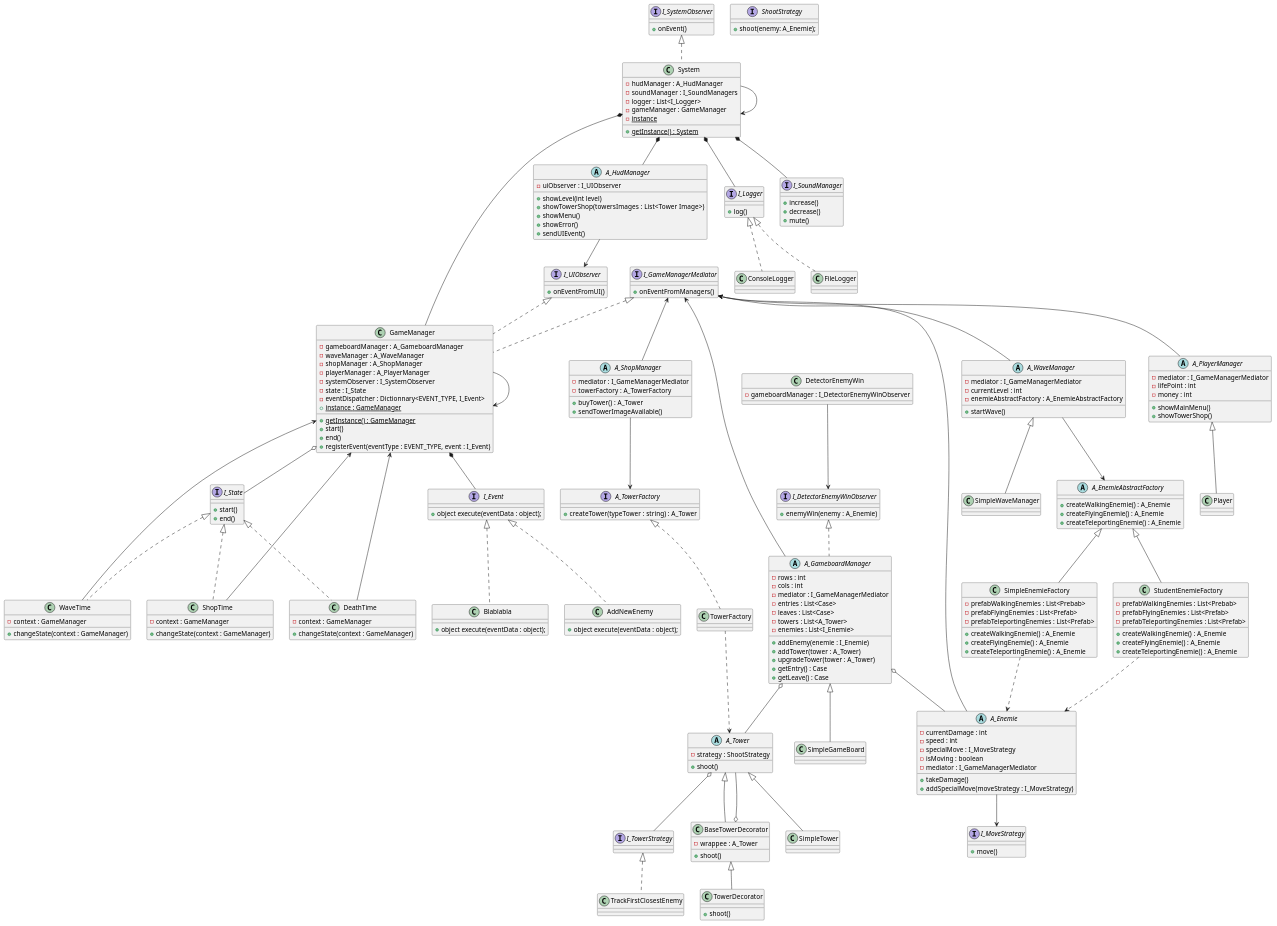
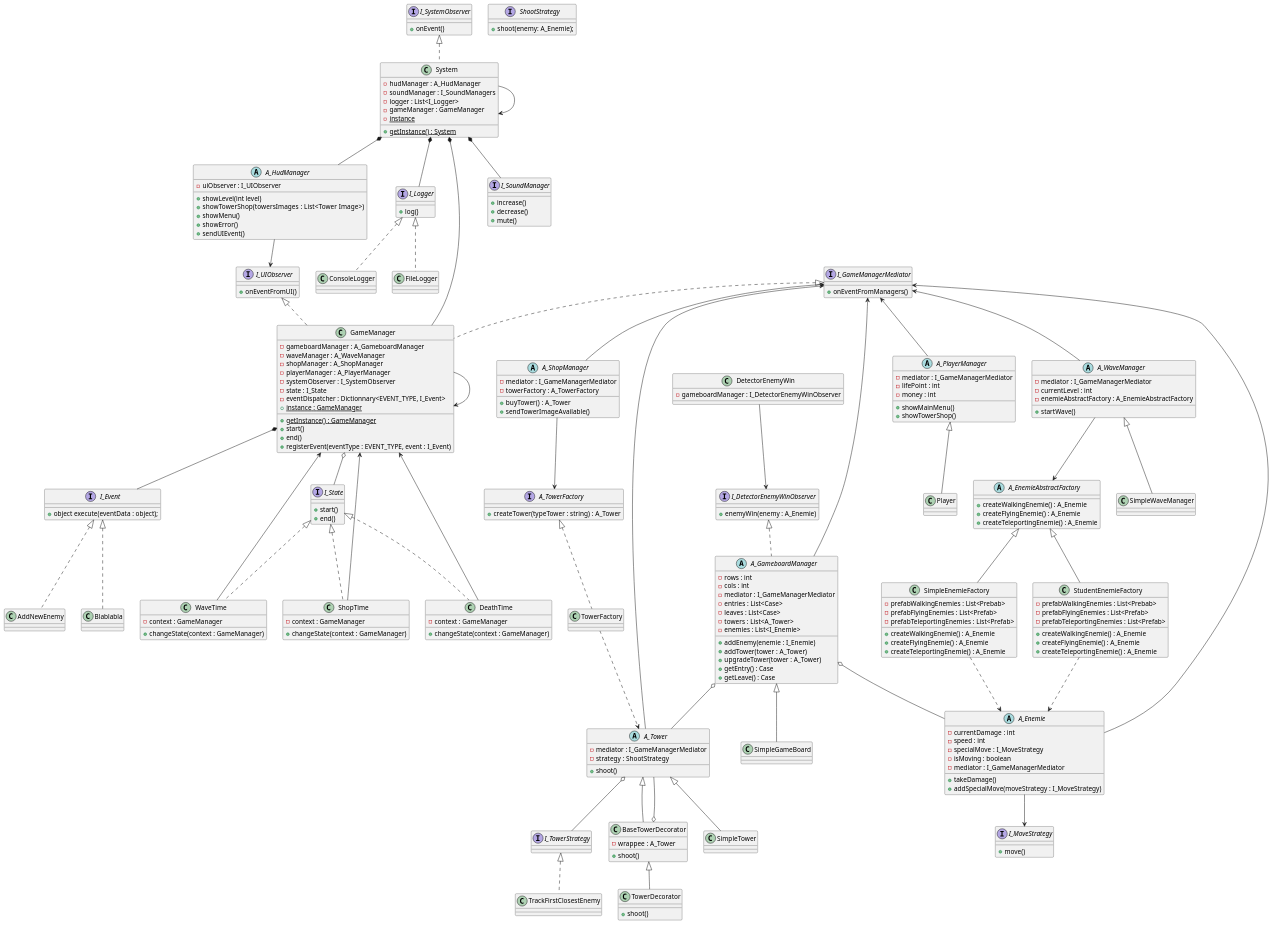
One commit to bobylatruffe/tower_defense changed the diagram in uml.plantuml. Above: the diagram before and after it, drawn with PlantUML. The commit also changed 10 other files, not shown here.

```diff
--- a/uml.plantuml
+++ b/uml.plantuml
@@ -24,11 +24,9 @@
 }
 
 class AddNewEnemy implements I_Event {
-    + object execute(eventData : object);
 }
 
 class Blablabla implements I_Event {
-    + object execute(eventData : object);
 }
 
 ' class GetExitPoint implements I_Event {
@@ -287,9 +285,12 @@
 TowerFactory ..> A_Tower
 
 abstract class A_Tower {
+    - mediator : I_GameManagerMediator
     - strategy : ShootStrategy
     + shoot()
 }
+
+A_Tower --> I_GameManagerMediator
 
 class SimpleTower extends A_Tower {
     
```
